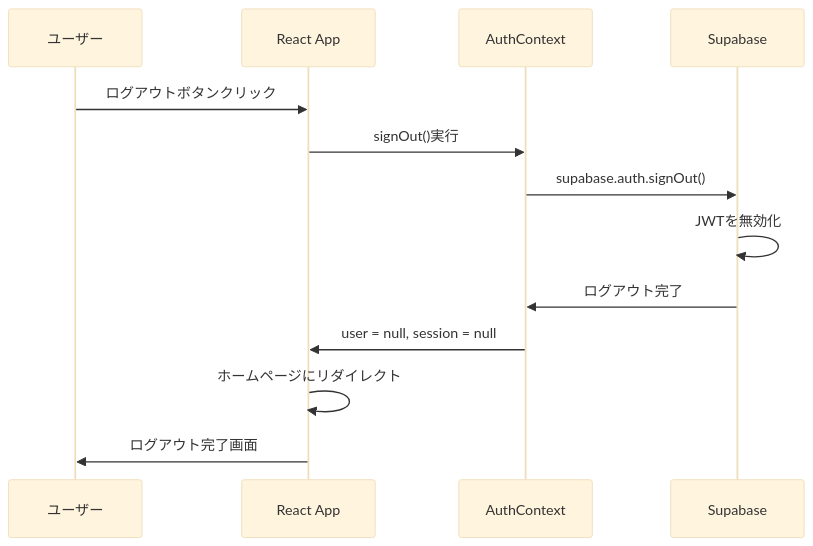
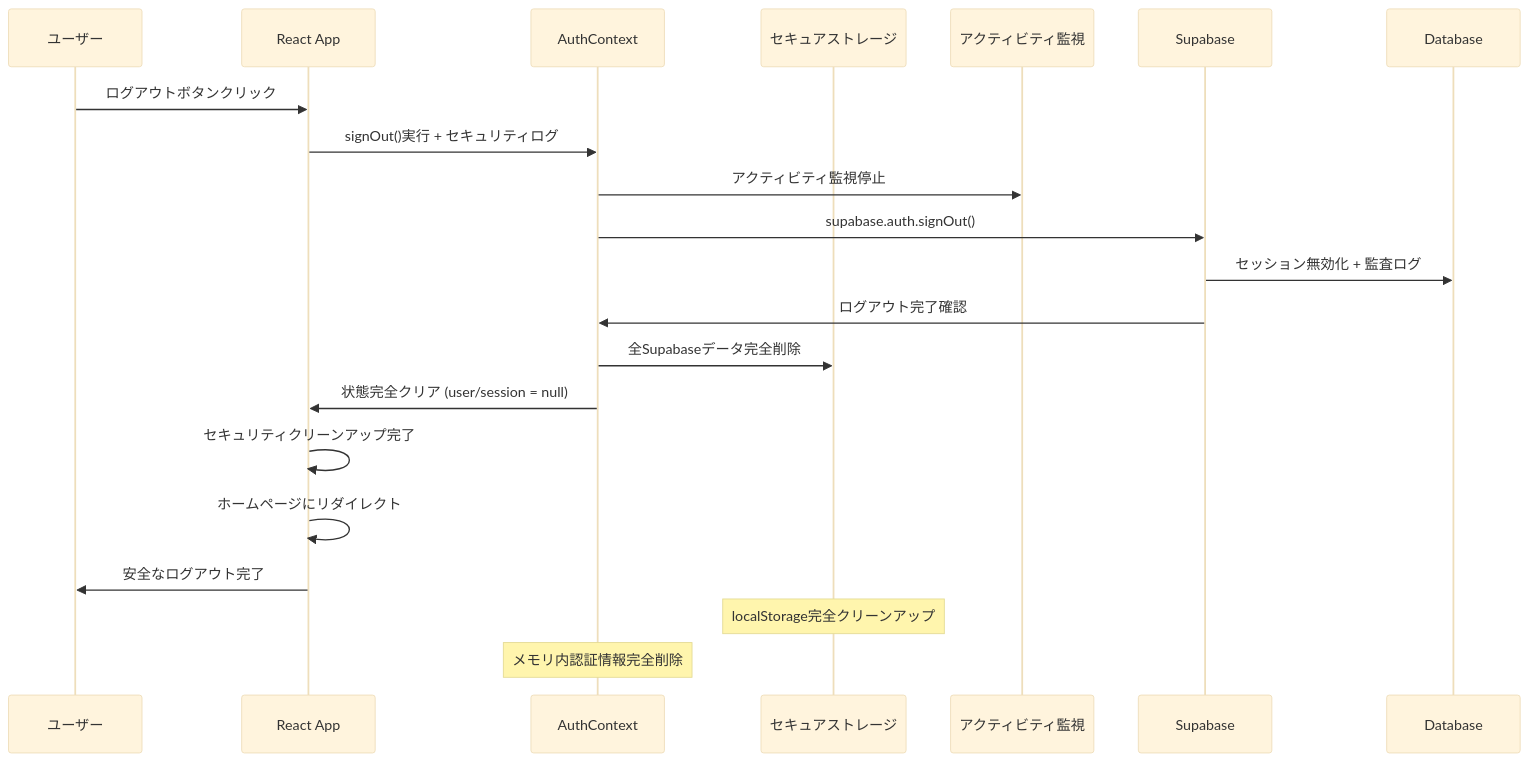
Before and after one commit to stopod/bucket-list-app: the fourth of 5 diagrams in docs/authentication-guide.md, drawn with Mermaid (base theme). The commit also changed other lines of this file and 6 other files, not shown here.

````diff
--- a/docs/authentication-guide.md
+++ b/docs/authentication-guide.md
@@ -129,16 +195,25 @@
 ```mermaid
 sequenceDiagram
     participant U as ユーザー
     participant R as React App
     participant AC as AuthContext
+    participant ST as セキュアストレージ
+    participant AM as アクティビティ監視
     participant S as Supabase
+    participant DB as Database
 
     U->>R: ログアウトボタンクリック
-    R->>AC: signOut()実行
+    R->>AC: signOut()実行 + セキュリティログ
+    AC->>AM: アクティビティ監視停止
     AC->>S: supabase.auth.signOut()
-    S->>S: JWTを無効化
-    S->>AC: ログアウト完了
-    AC->>R: user = null, session = null
+    S->>DB: セッション無効化 + 監査ログ
+    S->>AC: ログアウト完了確認
+    AC->>ST: 全Supabaseデータ完全削除
+    AC->>R: 状態完全クリア (user/session = null)
+    R->>R: セキュリティクリーンアップ完了
     R->>R: ホームページにリダイレクト
-    R->>U: ログアウト完了画面
+    R->>U: 安全なログアウト完了
+    
+    Note over ST: localStorage完全クリーンアップ
+    Note over AC: メモリ内認証情報完全削除
 ```
````
